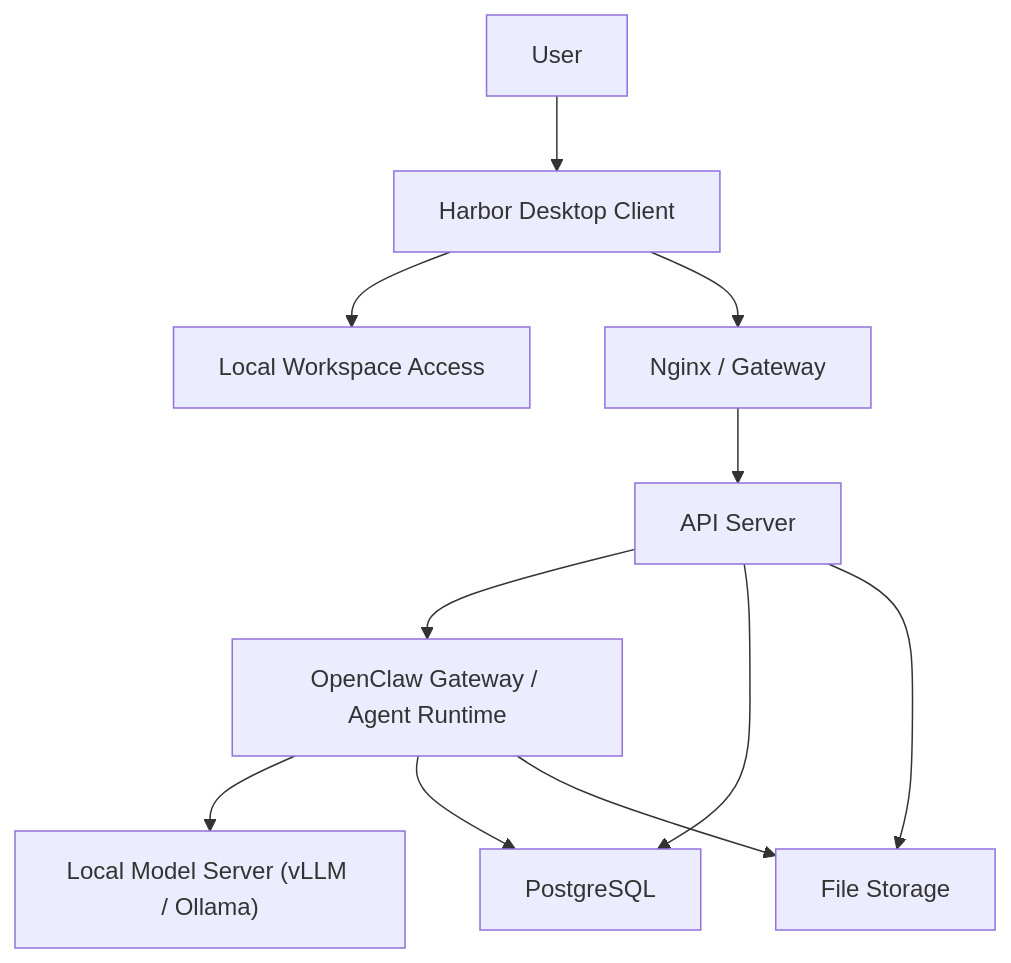
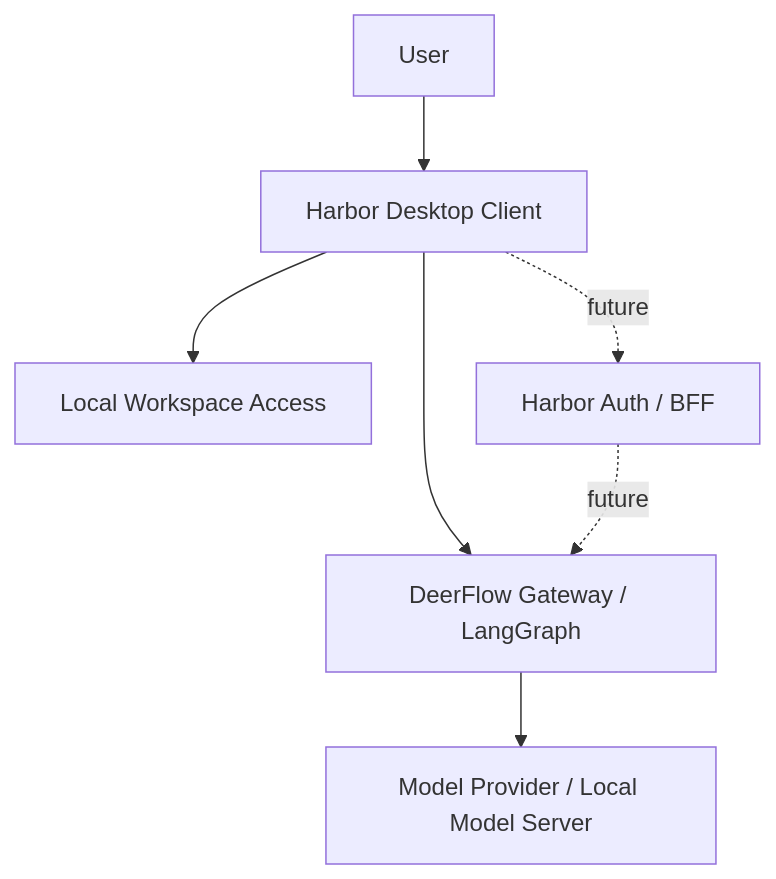
One commit to zjt9363/Harbor changed the diagram in docs/Harbor-System-Architecture-v0.1.md. Above: the diagram before and after it, drawn with Mermaid. The commit also changed other lines of this file and 10 other files, not shown here.

````diff
--- a/docs/Harbor-System-Architecture-v0.1.md
+++ b/docs/Harbor-System-Architecture-v0.1.md
@@ -62,13 +76,9 @@
 ```mermaid
 flowchart TD
     U["User"] --> C["Harbor Desktop Client"]
     C --> L["Local Workspace Access"]
-    C --> N["Nginx / Gateway"]
-    N --> A["API Server"]
-    A --> O["OpenClaw Gateway / Agent Runtime"]
-    O --> M["Local Model Server (vLLM / Ollama)"]
-    A --> D["PostgreSQL"]
-    A --> F["File Storage"]
-    O --> D
-    O --> F
+    C --> D["DeerFlow Gateway / LangGraph"]
+    D --> M["Model Provider / Local Model Server"]
+    C -. future .-> B["Harbor Auth / BFF"]
+    B -. future .-> D
 ```
````
